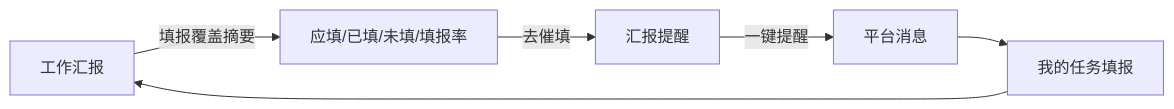
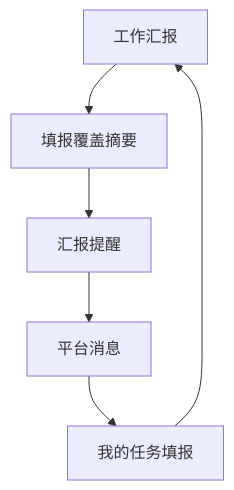
Before and after one commit to liaoliao66/BMS: the eighth of 9 diagrams in docs/versions/v1.0.0/prd.md, drawn with Mermaid. The commit also changed other lines of this file and 1 other file, not shown here.

First line of the commit message:
fix: PRD 阅读页 Mermaid 渲染失败导致整页无法加载

````diff
--- a/docs/versions/v1.0.0/prd.md
+++ b/docs/versions/v1.0.0/prd.md
@@ -698,8 +698,8 @@
 ```mermaid
-flowchart LR
-  WR[工作汇报] -->|填报覆盖摘要| SUM[应填/已填/未填/填报率]
-  SUM -->|去催填| RM[汇报提醒]
-  RM -->|一键提醒| MSG[平台消息]
+flowchart TD
+  WR[工作汇报] --> SUM["填报覆盖摘要"]
+  SUM --> RM[汇报提醒]
+  RM --> MSG[平台消息]
   MSG --> MT[我的任务填报]
   MT --> WR
 ```
````
